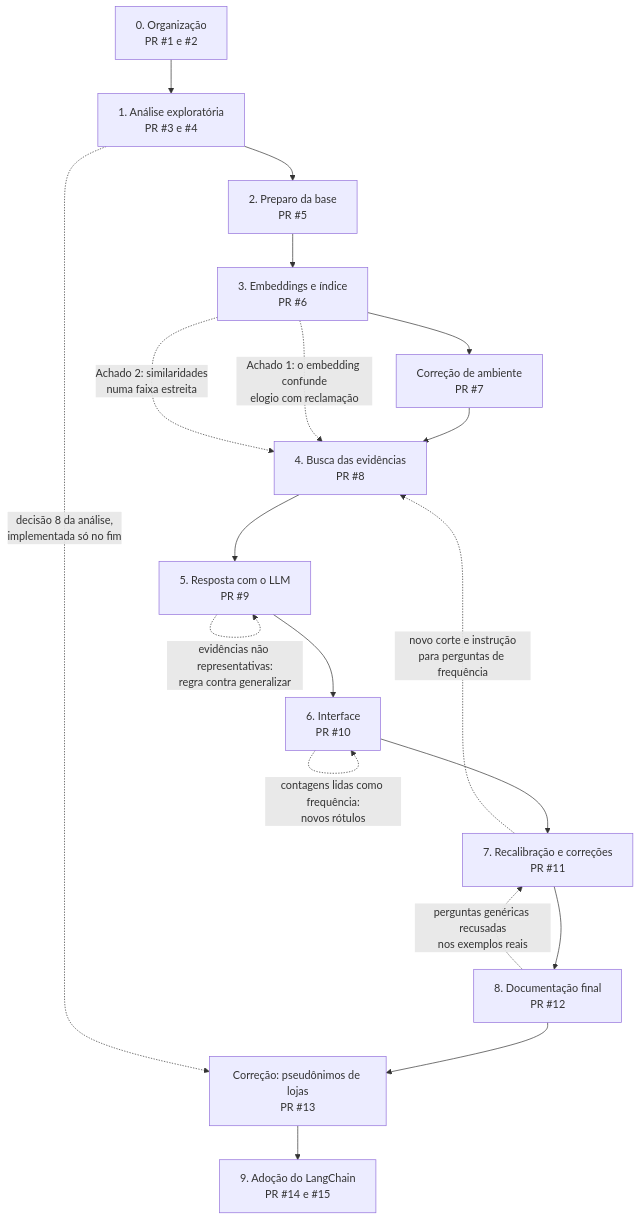
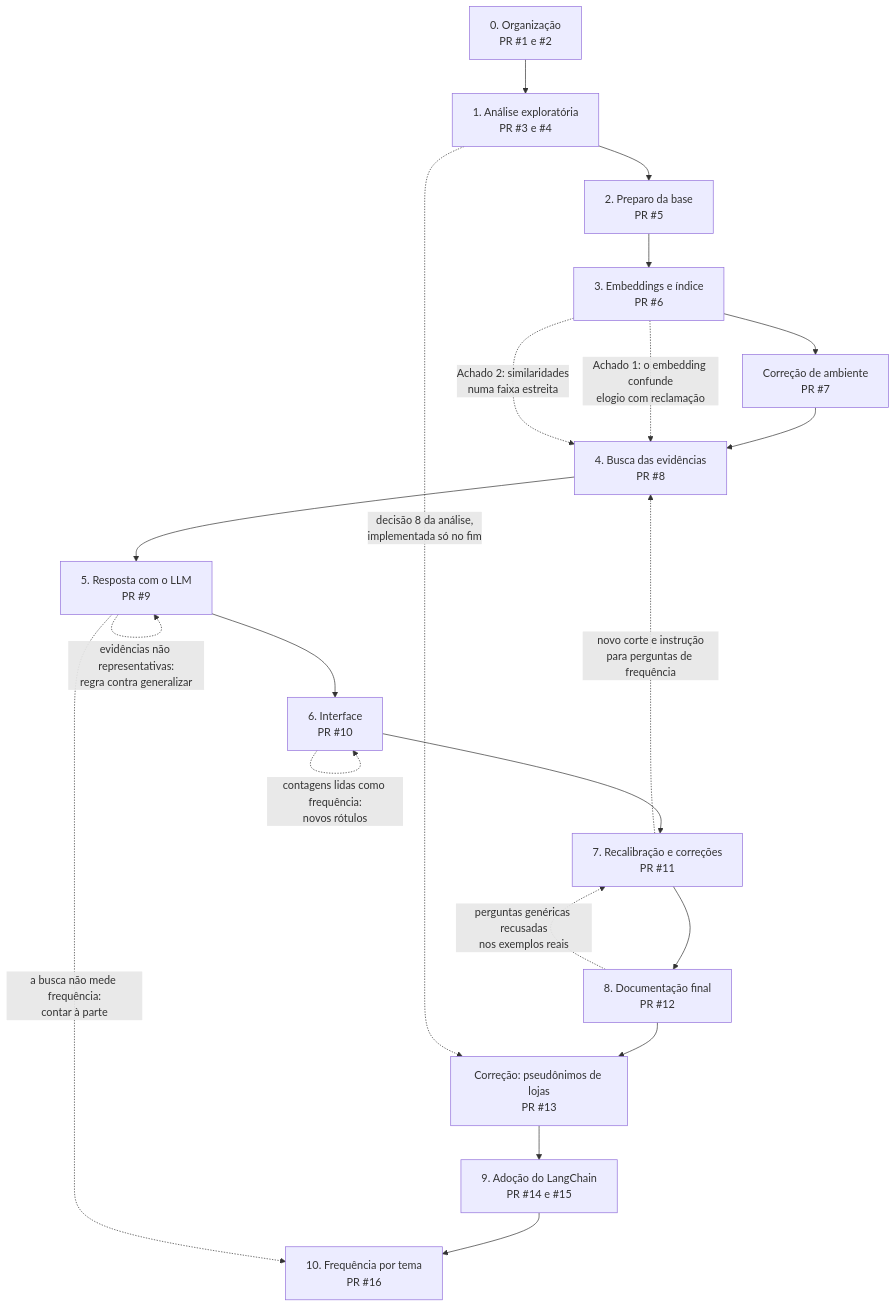
One commit to Dinaldorc/tech-challenge-fase4 changed the diagram in docs/processo.md. Above: the diagram before and after it, drawn with Mermaid. The commit also changed other lines of this file and 9 other files, not shown here.

````diff
--- a/docs/processo.md
+++ b/docs/processo.md
@@ -16,22 +16,24 @@
 ```mermaid
 flowchart TD
     E0["0. Organização<br/>PR #1 e #2"] --> E1["1. Análise exploratória<br/>PR #3 e #4"]
     E1 --> E2["2. Preparo da base<br/>PR #5"]
     E2 --> E3["3. Embeddings e índice<br/>PR #6"]
     E3 --> E3b["Correção de ambiente<br/>PR #7"]
     E3b --> E4["4. Busca das evidências<br/>PR #8"]
     E4 --> E5["5. Resposta com o LLM<br/>PR #9"]
     E5 --> E6["6. Interface<br/>PR #10"]
     E6 --> E7["7. Recalibração e correções<br/>PR #11"]
     E7 --> E8["8. Documentação final<br/>PR #12"]
     E8 --> E9["Correção: pseudônimos de lojas<br/>PR #13"]
     E9 --> E10["9. Adoção do LangChain<br/>PR #14 e #15"]
+    E10 --> E11["10. Frequência por tema<br/>PR #16"]
+    E5 -.->|"a busca não mede frequência:<br/>contar à parte"| E11
 
     E3 -.->|"Achado 1: o embedding confunde<br/>elogio com reclamação"| E4
     E3 -.->|"Achado 2: similaridades<br/>numa faixa estreita"| E4
     E5 -.->|"evidências não representativas:<br/>regra contra generalizar"| E5
     E6 -.->|"contagens lidas como frequência:<br/>novos rótulos"| E6
     E8 -.->|"perguntas genéricas recusadas<br/>nos exemplos reais"| E7
     E7 -.->|"novo corte e instrução<br/>para perguntas de frequência"| E4
     E1 -.->|"decisão 8 da análise,<br/>implementada só no fim"| E9
 ```
````
